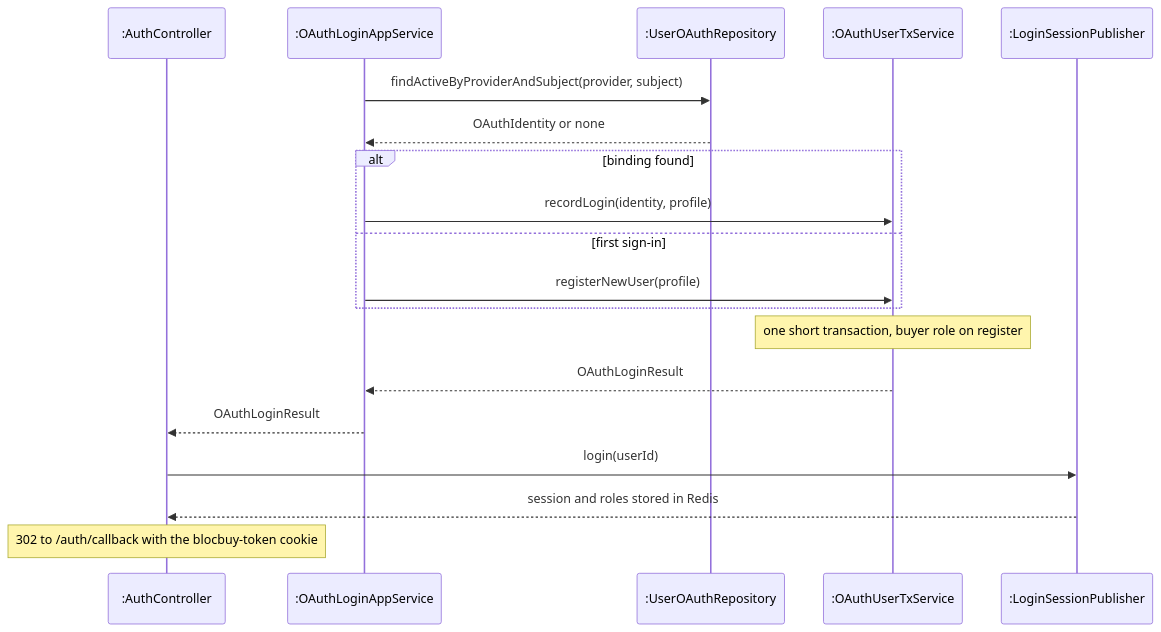
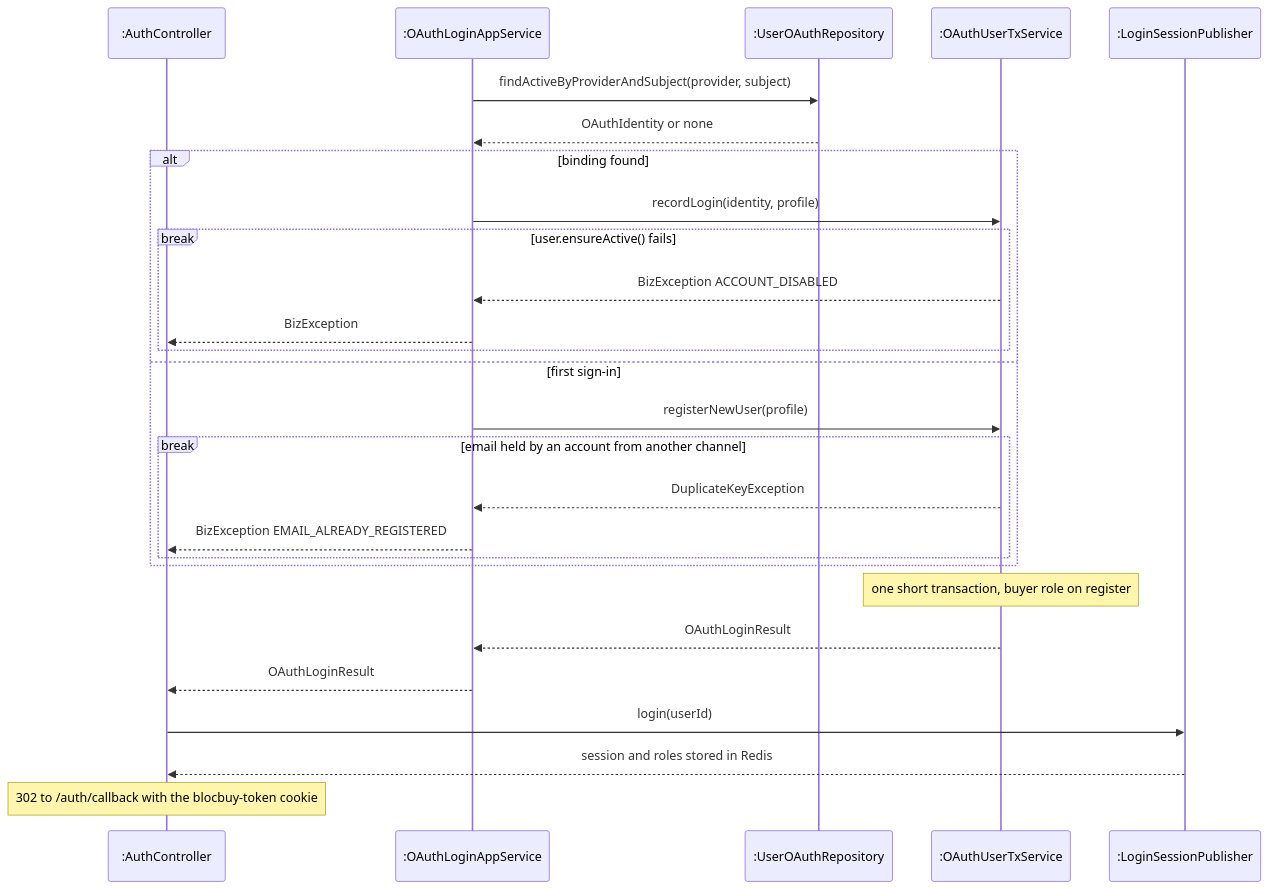
Diagram 16 of 18 in docs/swe5006/report/sections/03-4-3-pan.md (PPsyrius/iss-groupbuy-team8), drawn with Mermaid before and after one commit. The commit also changed other lines of this file, not shown here.

````diff
--- a/docs/swe5006/report/sections/03-4-3-pan.md
+++ b/docs/swe5006/report/sections/03-4-3-pan.md
@@ -675,21 +686,29 @@
 ```mermaid
 sequenceDiagram
     participant AC as :AuthController
     participant LS as :OAuthLoginAppService
     participant UO as :UserOAuthRepository
     participant TX as :OAuthUserTxService
     participant PB as :LoginSessionPublisher
     LS->>UO: findActiveByProviderAndSubject(provider, subject)
     UO-->>LS: OAuthIdentity or none
     alt binding found
         LS->>TX: recordLogin(identity, profile)
+        break user.ensureActive() fails
+            TX-->>LS: BizException ACCOUNT_DISABLED
+            LS-->>AC: BizException
+        end
     else first sign-in
         LS->>TX: registerNewUser(profile)
+        break email held by an account from another channel
+            TX-->>LS: DuplicateKeyException
+            LS-->>AC: BizException EMAIL_ALREADY_REGISTERED
+        end
     end
     Note over TX: one short transaction, buyer role on register
     TX-->>LS: OAuthLoginResult
     LS-->>AC: OAuthLoginResult
     AC->>PB: login(userId)
     PB-->>AC: session and roles stored in Redis
     Note over AC: 302 to /auth/callback with the blocbuy-token cookie
 ```
````
